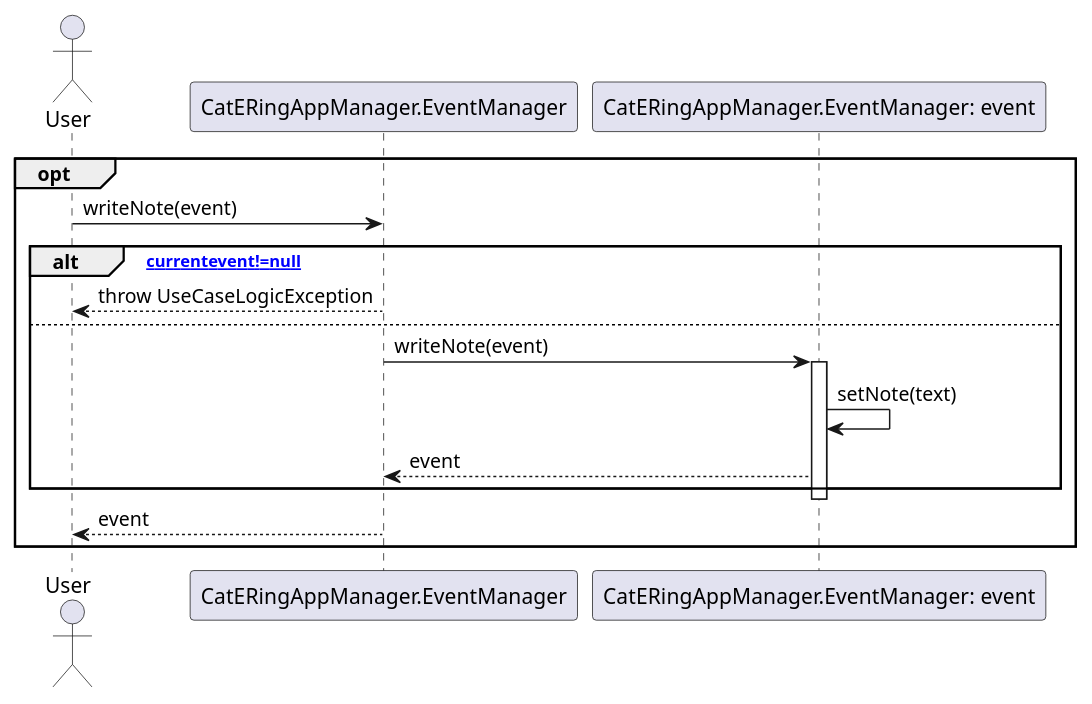
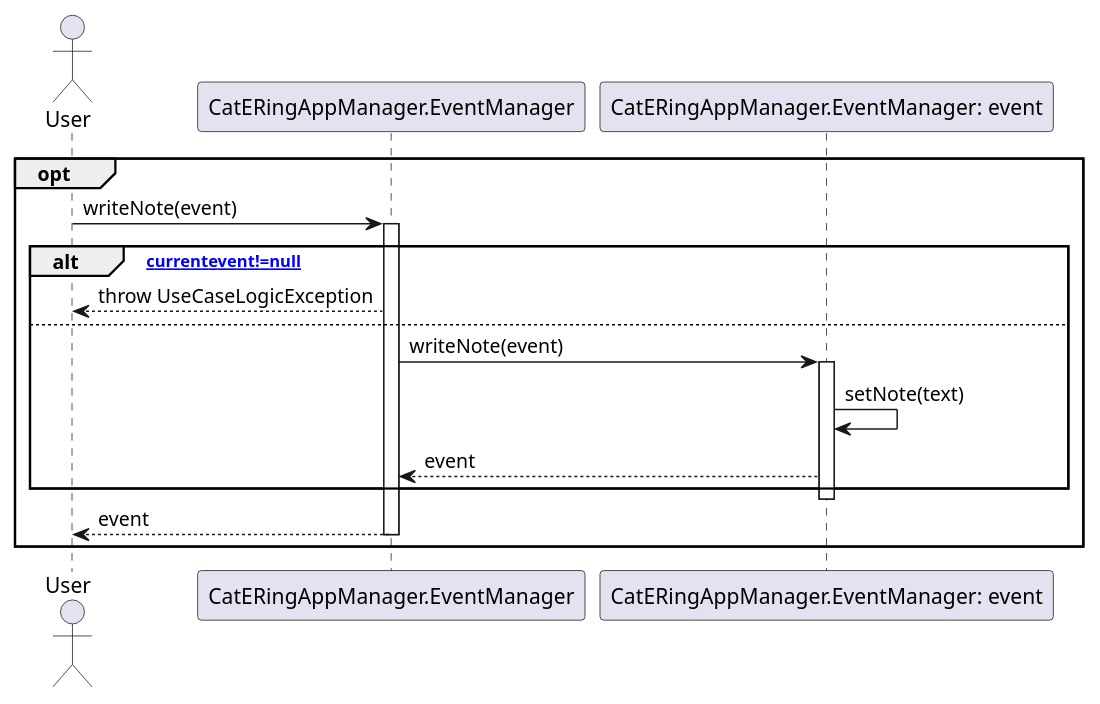
One commit to m0canu1/sas changed the diagram in dsd/dsd-eventi/scenarioPrincipale/5-writeNote.md. Above: the diagram before and after it, drawn with PlantUML. The commit also changed 1 other file, not shown here.

Commit message:
Piccoli errori corretti.

````diff
--- a/dsd/dsd-eventi/scenarioPrincipale/5-writeNote.md
+++ b/dsd/dsd-eventi/scenarioPrincipale/5-writeNote.md
@@ -1,26 +1,26 @@
 ```plantuml
 Actor User
 Participant "CatERingAppManager.EventManager"
 Participant "CatERingAppManager.EventManager: event"
 
 opt
     User -> "CatERingAppManager.EventManager": writeNote(event)
-    
+    Activate "CatERingAppManager.EventManager"  
     alt [currentevent!=null]
         "CatERingAppManager.EventManager" --> User: throw UseCaseLogicException
     else
         "CatERingAppManager.EventManager" -> "CatERingAppManager.EventManager: event": writeNote(event)
         Activate "CatERingAppManager.EventManager: event"
 
         "CatERingAppManager.EventManager: event" -> "CatERingAppManager.EventManager: event": setNote(text)
         
         "CatERingAppManager.EventManager: event" --> "CatERingAppManager.EventManager": event
 
     end
     Deactivate "CatERingAppManager.EventManager: event"
 
     "CatERingAppManager.EventManager" --> User: event
-
+    Deactivate "CatERingAppManager.EventManager"
 end
 
 ```
````
